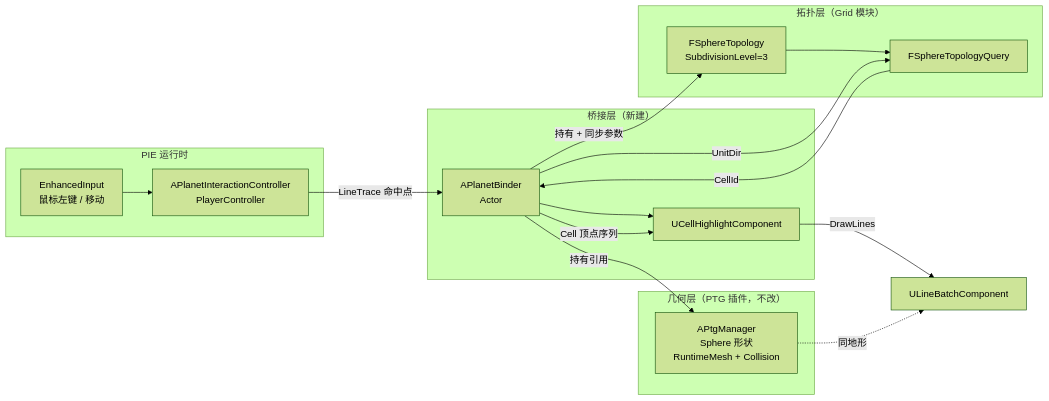
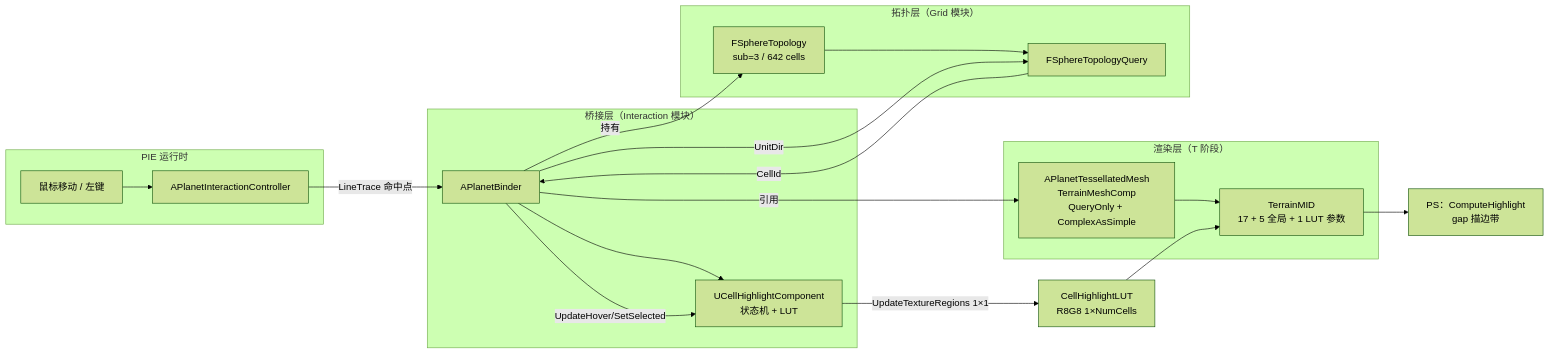
The first of 3 diagrams in Docs/HexHighlightInteractionPlan.md (tclks001/TerraCivilization), drawn with Mermaid (forest theme) before and after one commit. The commit also changed other lines of this file and 20 other files, not shown here.

````diff
--- a/Docs/HexHighlightInteractionPlan.md
+++ b/Docs/HexHighlightInteractionPlan.md
@@ -48,31 +57,34 @@
 ```mermaid
 flowchart LR
-    subgraph PIE["PIE 运行时"]
-        IN[EnhancedInput<br/>鼠标左键 / 移动] --> PC[APlanetInteractionController<br/>PlayerController]
+    subgraph PIE[PIE 运行时]
+        IN[鼠标移动 / 左键] --> PC[APlanetInteractionController]
     end
 
-    subgraph Geometry["几何层（PTG 插件，不改）"]
-        MGR[APtgManager<br/>Sphere 形状<br/>RuntimeMesh + Collision]
+    subgraph Render[渲染层（T 阶段）]
+        TMESH[APlanetTessellatedMesh<br/>TerrainMeshComp<br/>QueryOnly + ComplexAsSimple]
+        MID[TerrainMID<br/>17 + 5 全局 + 1 LUT 参数]
+        TMESH --> MID
     end
 
-    subgraph Topology["拓扑层（Grid 模块）"]
-        TOPO[FSphereTopology<br/>SubdivisionLevel=3]
+    subgraph Topology[拓扑层（Grid 模块）]
+        TOPO[FSphereTopology<br/>sub=3 / 642 cells]
         QUERY[FSphereTopologyQuery]
         TOPO --> QUERY
     end
 
-    subgraph Bridge["桥接层（新建）"]
-        BIND[APlanetBinder<br/>Actor]
-        HILITE[UCellHighlightComponent]
-        BIND -->|持有 + 同步参数| TOPO
-        BIND -->|持有引用| MGR
+    subgraph Bridge[桥接层（Interaction 模块）]
+        BIND[APlanetBinder]
+        HILITE[UCellHighlightComponent<br/>状态机 + LUT]
+        BIND -->|持有| TOPO
+        BIND -->|引用| TMESH
         BIND --> HILITE
     end
 
     PC -->|LineTrace 命中点| BIND
     BIND -->|UnitDir| QUERY
     QUERY -->|CellId| BIND
-    BIND -->|Cell 顶点序列| HILITE
-    HILITE -->|DrawLines| RENDER[ULineBatchComponent]
-    MGR -.同地形.-> RENDER
+    BIND -->|UpdateHover/SetSelected| HILITE
+    HILITE -->|UpdateTextureRegions 1×1| LUT[CellHighlightLUT<br/>R8G8 1×NumCells]
+    LUT --> MID
+    MID --> PSCALC[PS：ComputeHighlight<br/>gap 描边带]
 ```
````
